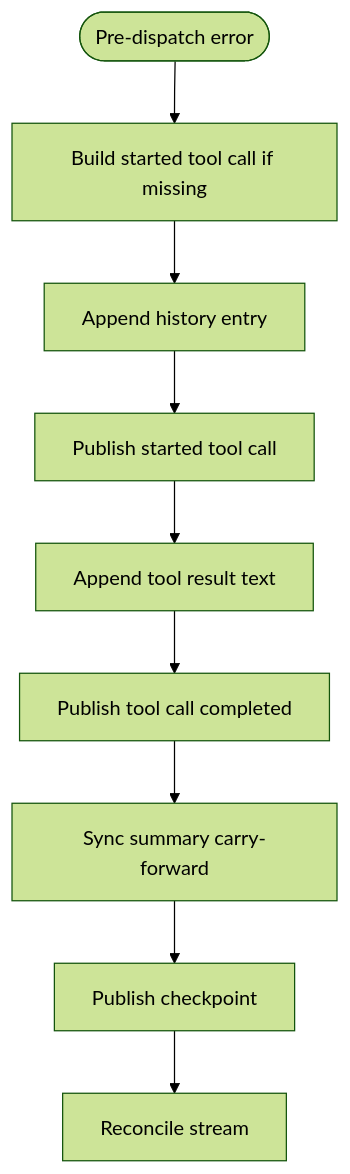
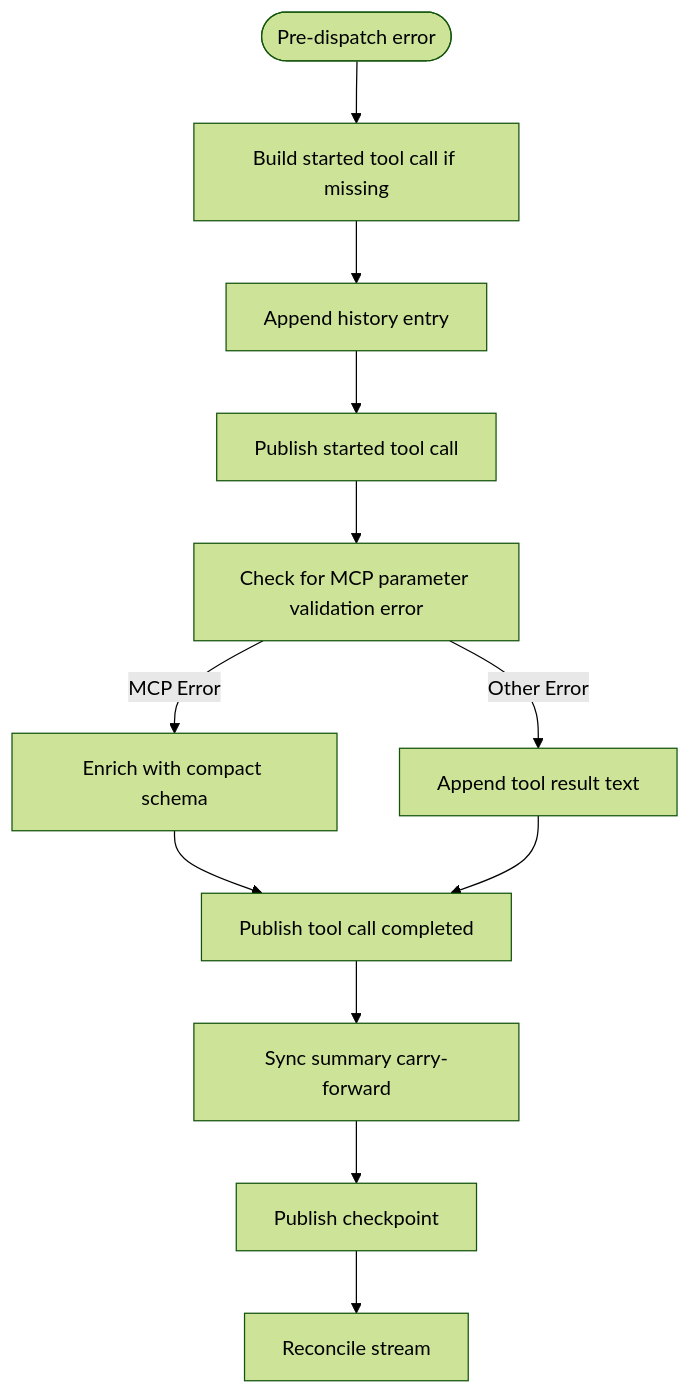
The eighth of 9 diagrams in .qoder/repowiki/en/content/Agent Protocol Support/Tool Execution Engine.md (philau2512/cursor-byok-go-v2), drawn with Mermaid (forest theme) before and after one commit. The commit also changed other lines of this file and 9 other files, not shown here.

First line of the commit message:
feat(mcp): enhance MCP schema discovery and error recovery

````diff
--- a/.qoder/repowiki/en/content/Agent Protocol Support/Tool Execution Engine.md
+++ b/.qoder/repowiki/en/content/Agent Protocol Support/Tool Execution Engine.md
@@ -266,11 +362,14 @@
 ```mermaid
 flowchart TD
 Start(["Pre-dispatch error"]) --> BuildStarted["Build started tool call if missing"]
 BuildStarted --> AppendHistory["Append history entry"]
 AppendHistory --> EmitStarted["Publish started tool call"]
-EmitStarted --> AppendResult["Append tool result text"]
-AppendResult --> PublishCompleted["Publish tool call completed"]
+EmitStarted --> CheckMCPError["Check for MCP parameter validation error"]
+CheckMCPError --> |MCP Error| EnrichSchema["Enrich with compact schema"]
+CheckMCPError --> |Other Error| AppendResult["Append tool result text"]
+EnrichSchema --> PublishCompleted["Publish tool call completed"]
+AppendResult --> PublishCompleted
 PublishCompleted --> SyncSummary["Sync summary carry-forward"]
 SyncSummary --> PublishCheckpoint["Publish checkpoint"]
 PublishCheckpoint --> Reconcile["Reconcile stream"]
 ```
````
